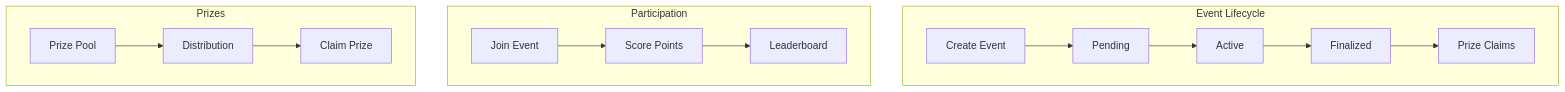
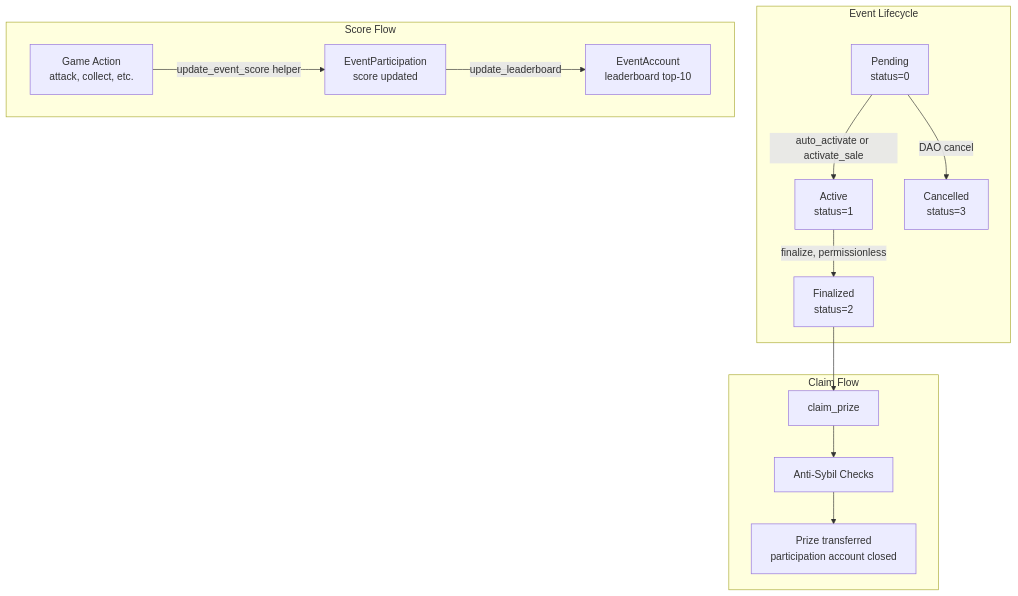
Before and after one commit to crypt0miester/novus-mundus: the first of 8 diagrams in docs/onchain/04-systems/events.md, drawn with Mermaid. The commit also changed other lines of this file and 259 other files, not shown here.

````diff
--- a/docs/onchain/04-systems/events.md
+++ b/docs/onchain/04-systems/events.md
@@ -9,23 +11,19 @@
 ```mermaid
 graph TB
     subgraph "Event Lifecycle"
-        CREATE[Create Event] --> PENDING[Pending]
-        PENDING --> ACTIVE[Active]
-        ACTIVE --> FINALIZED[Finalized]
-        FINALIZED --> CLAIMS[Prize Claims]
+        PENDING[Pending<br/>status=0] -->|auto_activate or activate_sale| ACTIVE[Active<br/>status=1]
+        ACTIVE -->|finalize, permissionless| FINAL[Finalized<br/>status=2]
+        PENDING -->|DAO cancel| CANCELLED[Cancelled<br/>status=3]
     end
 
-    subgraph "Participation"
-        JOIN[Join Event]
-        SCORE[Score Points]
-        BOARD[Leaderboard]
-        JOIN --> SCORE --> BOARD
+    subgraph "Score Flow"
+        GAME[Game Action<br/>attack, collect, etc.] -->|update_event_score helper| PART[EventParticipation<br/>score updated]
+        PART -->|update_leaderboard| LB[EventAccount<br/>leaderboard top-10]
     end
 
-    subgraph "Prizes"
-        POOL[Prize Pool]
-        DIST[Distribution]
-        CLAIM[Claim Prize]
-        POOL --> DIST --> CLAIM
+    subgraph "Claim Flow"
+        FINAL --> CLAIM[claim_prize]
+        CLAIM --> ELIGIBILITY[Anti-Sybil Checks]
+        ELIGIBILITY --> PRIZE[Prize transferred<br/>participation account closed]
     end
 ```
````
